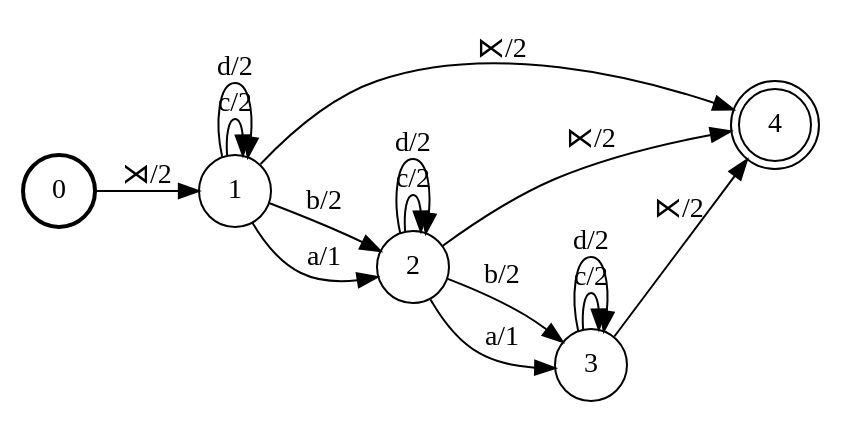
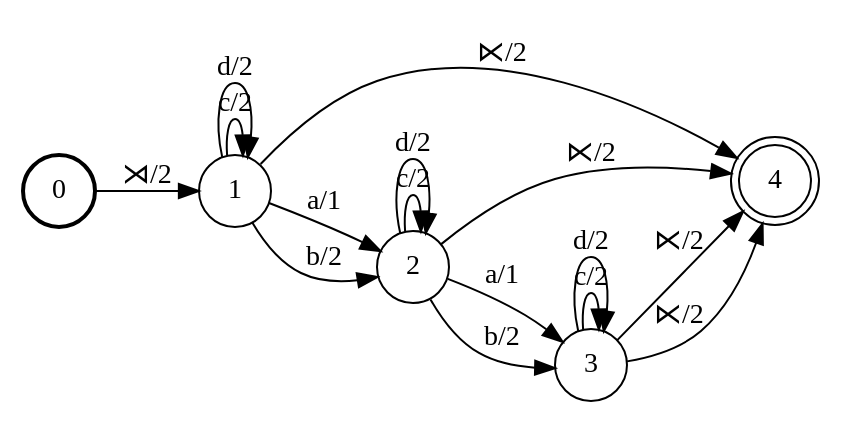
The diagram in demo/T_weight.dot (colincwilson/wynini), drawn with Graphviz before and after one commit. The commit also changed 14 other files, not shown here.

```diff
--- a/demo/T_weight.dot
+++ b/demo/T_weight.dot
@@ -1,27 +1,28 @@
 digraph FST {
 rankdir = LR;
 size = "8.5,11";
 center = 1;
 orientation = Portrait;
 ranksep = "0.4";
 nodesep = "0.25";
 0 [label = "0", shape = circle, style = bold, fontsize = 14]
 	0 -> 1 [label = "⋊/2", fontsize = 14];
 1 [label = "1", shape = circle, style = solid, fontsize = 14]
 	1 -> 4 [label = "⋉/2", fontsize = 14];
-	1 -> 2 [label = "b/2", fontsize = 14];
-	1 -> 2 [label = "a/1", fontsize = 14];
 	1 -> 1 [label = "c/2", fontsize = 14];
 	1 -> 1 [label = "d/2", fontsize = 14];
+	1 -> 2 [label = "a/1", fontsize = 14];
+	1 -> 2 [label = "b/2", fontsize = 14];
 2 [label = "2", shape = circle, style = solid, fontsize = 14]
-	2 -> 4 [label = "⋉/2", fontsize = 14];
-	2 -> 3 [label = "b/2", fontsize = 14];
-	2 -> 3 [label = "a/1", fontsize = 14];
 	2 -> 2 [label = "c/2", fontsize = 14];
 	2 -> 2 [label = "d/2", fontsize = 14];
+	2 -> 4 [label = "⋉/2", fontsize = 14];
+	2 -> 3 [label = "a/1", fontsize = 14];
+	2 -> 3 [label = "b/2", fontsize = 14];
 3 [label = "3", shape = circle, style = solid, fontsize = 14]
-	3 -> 4 [label = "⋉/2", fontsize = 14];
 	3 -> 3 [label = "c/2", fontsize = 14];
 	3 -> 3 [label = "d/2", fontsize = 14];
+	3 -> 4 [label = "⋉/2", fontsize = 14];
+	3 -> 4 [label = "⋉/2", fontsize = 14];
 4 [label = "4", shape = doublecircle, style = solid, fontsize = 14]
 }
```
